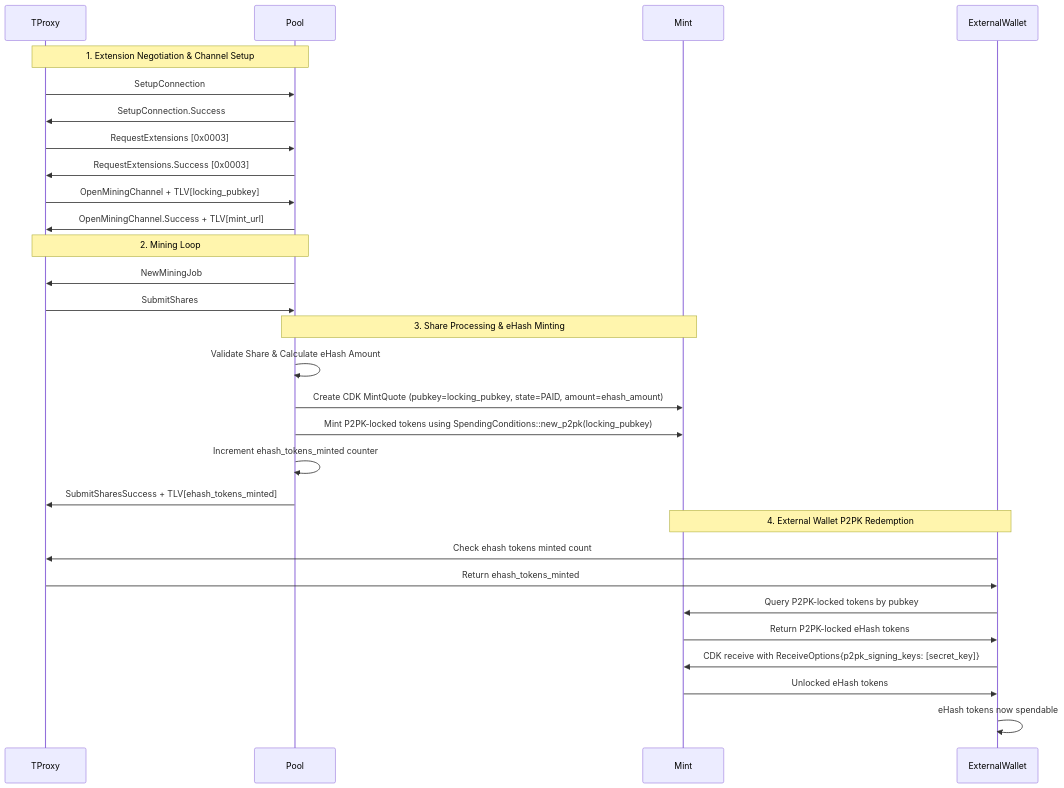
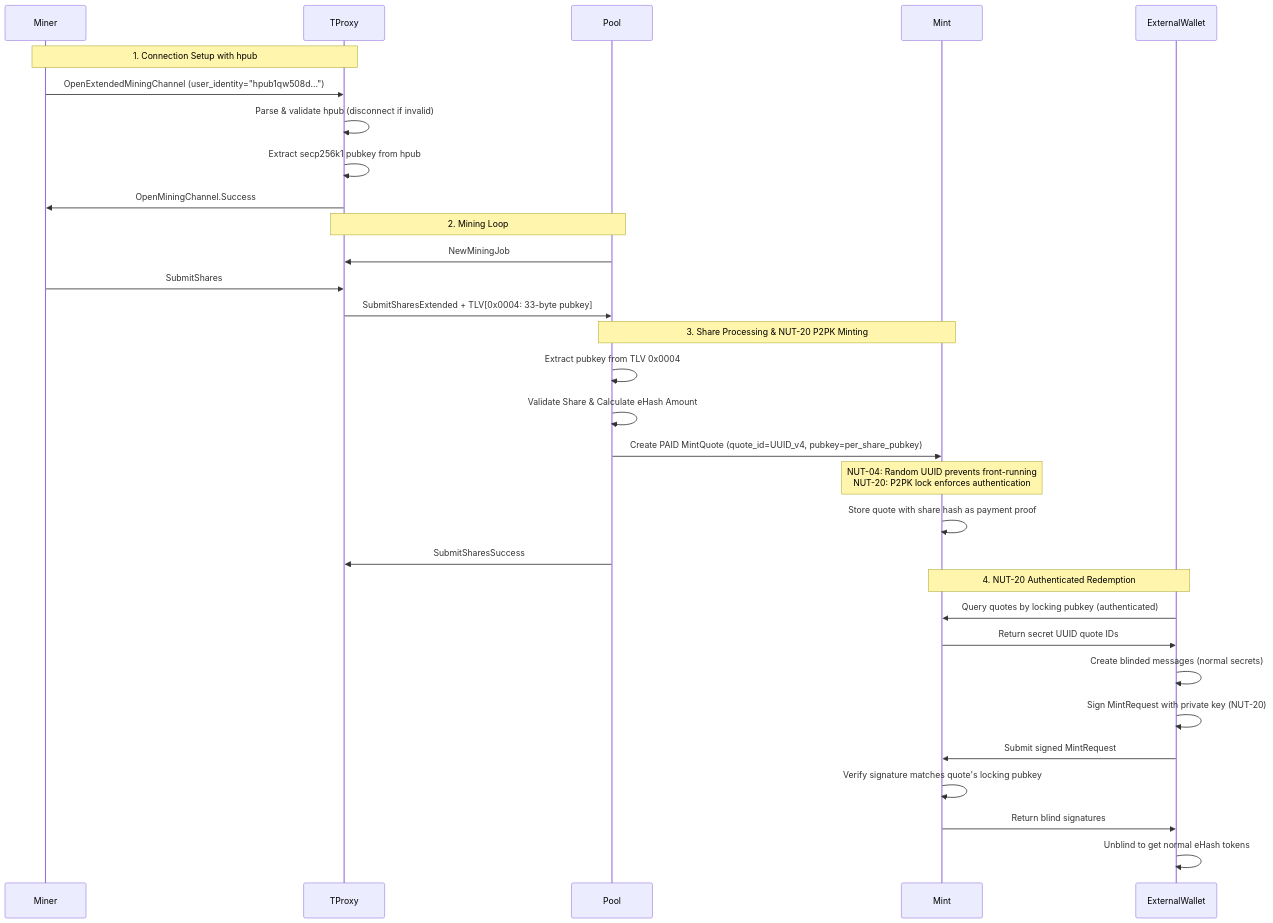
The first of 4 diagrams in .kiro/specs/hashpool-ehash-mint/design.md (average-gary/stratum), drawn with Mermaid before and after one commit. The commit also changed other lines of this file and 6 other files, not shown here.

First line of the commit message:
feat(ehash): Enhance MintHandler with NUT-04/NUT-20 compliant quote generation

````diff
--- a/.kiro/specs/hashpool-ehash-mint/design.md
+++ b/.kiro/specs/hashpool-ehash-mint/design.md
@@ -46,35 +46,37 @@
 ```mermaid
 sequenceDiagram
+    participant Miner
     participant TProxy
     participant Pool
     participant Mint
     participant ExternalWallet
-    
-    Note over TProxy, Pool: 1. Extension Negotiation & Channel Setup
-    TProxy->>Pool: SetupConnection
-    Pool->>TProxy: SetupConnection.Success
-    TProxy->>Pool: RequestExtensions [0x0003]
-    Pool->>TProxy: RequestExtensions.Success [0x0003]
-    TProxy->>Pool: OpenMiningChannel + TLV[locking_pubkey]
-    Pool->>TProxy: OpenMiningChannel.Success + TLV[mint_url]
-    
+
+    Note over Miner, TProxy: 1. Connection Setup with hpub
+    Miner->>TProxy: OpenExtendedMiningChannel (user_identity="hpub1qw508d...")
+    TProxy->>TProxy: Parse & validate hpub (disconnect if invalid)
+    TProxy->>TProxy: Extract secp256k1 pubkey from hpub
+    TProxy->>Miner: OpenMiningChannel.Success
+
     Note over TProxy, Pool: 2. Mining Loop
     Pool->>TProxy: NewMiningJob
-    TProxy->>Pool: SubmitShares
-    
-    Note over Pool, Mint: 3. Share Processing & eHash Minting
+    Miner->>TProxy: SubmitShares
+    TProxy->>Pool: SubmitSharesExtended + TLV[0x0004: 33-byte pubkey]
+
+    Note over Pool, Mint: 3. Share Processing & NUT-20 P2PK Minting
+    Pool->>Pool: Extract pubkey from TLV 0x0004
     Pool->>Pool: Validate Share & Calculate eHash Amount
-    Pool->>Mint: Create CDK MintQuote (pubkey=locking_pubkey, state=PAID, amount=ehash_amount)
-    Pool->>Mint: Mint P2PK-locked tokens using SpendingConditions::new_p2pk(locking_pubkey)
-    Pool->>Pool: Increment ehash_tokens_minted counter
-    Pool->>TProxy: SubmitSharesSuccess + TLV[ehash_tokens_minted]
-    
-    Note over ExternalWallet, Mint: 4. External Wallet P2PK Redemption
-    ExternalWallet->>TProxy: Check ehash tokens minted count
-    TProxy->>ExternalWallet: Return ehash_tokens_minted
-    ExternalWallet->>Mint: Query P2PK-locked tokens by pubkey
-    Mint->>ExternalWallet: Return P2PK-locked eHash tokens
-    ExternalWallet->>Mint: CDK receive with ReceiveOptions{p2pk_signing_keys: [secret_key]}
-    Mint->>ExternalWallet: Unlocked eHash tokens
-    ExternalWallet->>ExternalWallet: eHash tokens now spendable
+    Pool->>Mint: Create PAID MintQuote (quote_id=UUID_v4, pubkey=per_share_pubkey)
+    Note over Mint: NUT-04: Random UUID prevents front-running<br/>NUT-20: P2PK lock enforces authentication
+    Mint->>Mint: Store quote with share hash as payment proof
+    Pool->>TProxy: SubmitSharesSuccess
+
+    Note over ExternalWallet, Mint: 4. NUT-20 Authenticated Redemption
+    ExternalWallet->>Mint: Query quotes by locking pubkey (authenticated)
+    Mint->>ExternalWallet: Return secret UUID quote IDs
+    ExternalWallet->>ExternalWallet: Create blinded messages (normal secrets)
+    ExternalWallet->>ExternalWallet: Sign MintRequest with private key (NUT-20)
+    ExternalWallet->>Mint: Submit signed MintRequest
+    Mint->>Mint: Verify signature matches quote's locking pubkey
+    Mint->>ExternalWallet: Return blind signatures
+    ExternalWallet->>ExternalWallet: Unblind to get normal eHash tokens
 ```
````
